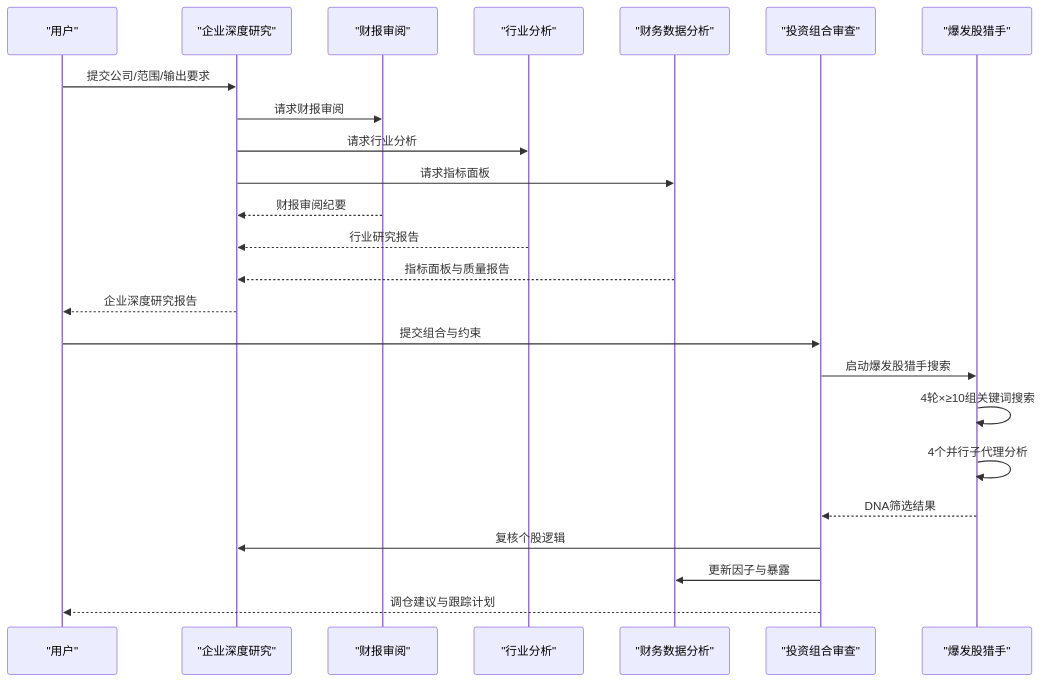
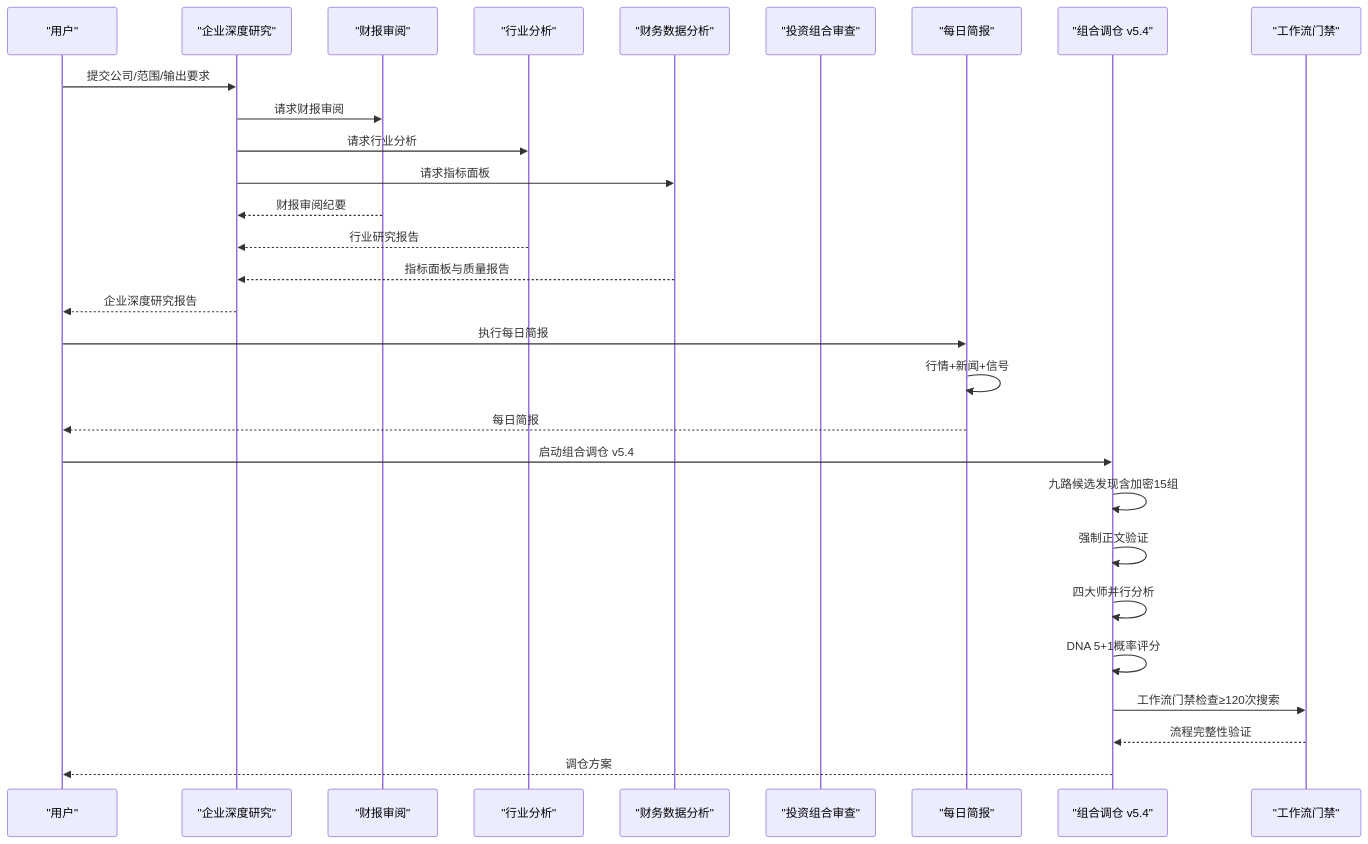
One commit to Ted-Engineer/ai-berkshire changed the third of 4 diagrams in .qoder/repowiki/zh/content/AI技能系统/核心投资研究技能/核心投资研究技能.md. Above: the diagram before and after it, drawn with Mermaid. The commit also changed other lines of this file and 87 other files, not shown here.

````diff
--- a/.qoder/repowiki/zh/content/AI技能系统/核心投资研究技能/核心投资研究技能.md
+++ b/.qoder/repowiki/zh/content/AI技能系统/核心投资研究技能/核心投资研究技能.md
@@ -388,26 +569,31 @@
 ```mermaid
 sequenceDiagram
 participant U as "用户"
 participant IR as "企业深度研究"
 participant ER as "财报审阅"
 participant IRR as "行业分析"
 participant FD as "财务数据分析"
 participant PR as "投资组合审查"
-participant BH as "爆发股猎手"
+participant DB as "每日简报"
+participant PB as "组合调仓 v5.4"
+participant WG as "工作流门禁"
 U->>IR : 提交公司/范围/输出要求
 IR->>ER : 请求财报审阅
 IR->>IRR : 请求行业分析
 IR->>FD : 请求指标面板
 ER-->>IR : 财报审阅纪要
 IRR-->>IR : 行业研究报告
 FD-->>IR : 指标面板与质量报告
 IR-->>U : 企业深度研究报告
-U->>PR : 提交组合与约束
-PR->>BH : 启动爆发股猎手搜索
-BH->>BH : 4轮×≥10组关键词搜索
-BH->>BH : 4个并行子代理分析
-BH-->>PR : DNA筛选结果
-PR->>IR : 复核个股逻辑
-PR->>FD : 更新因子与暴露
-PR-->>U : 调仓建议与跟踪计划
+U->>DB : 执行每日简报
+DB->>DB : 行情+新闻+信号
+DB-->>U : 每日简报
+U->>PB : 启动组合调仓 v5.4
+PB->>PB : 九路候选发现含加密15组
+PB->>PB : 强制正文验证
+PB->>PB : 四大师并行分析
+PB->>PB : DNA 5+1概率评分
+PB->>WG : 工作流门禁检查≥120次搜索
+WG-->>PB : 流程完整性验证
+PB-->>U : 调仓方案
 ```
````
